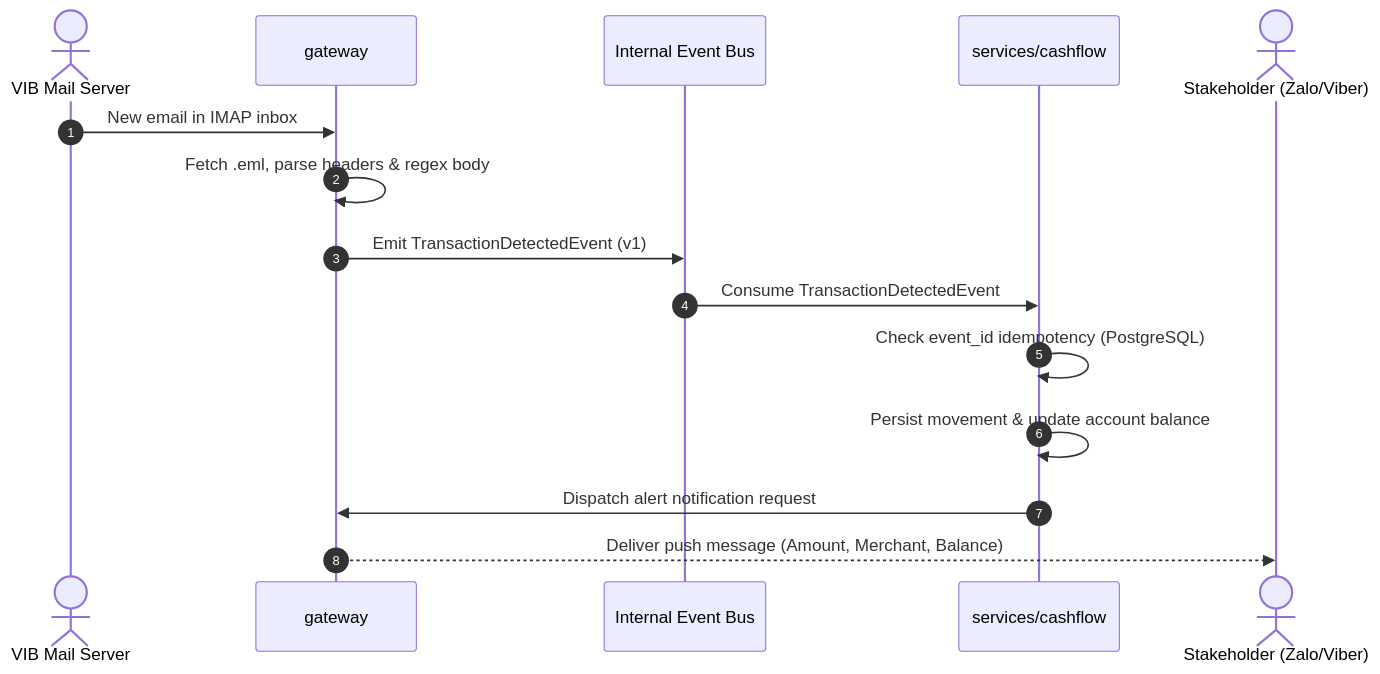
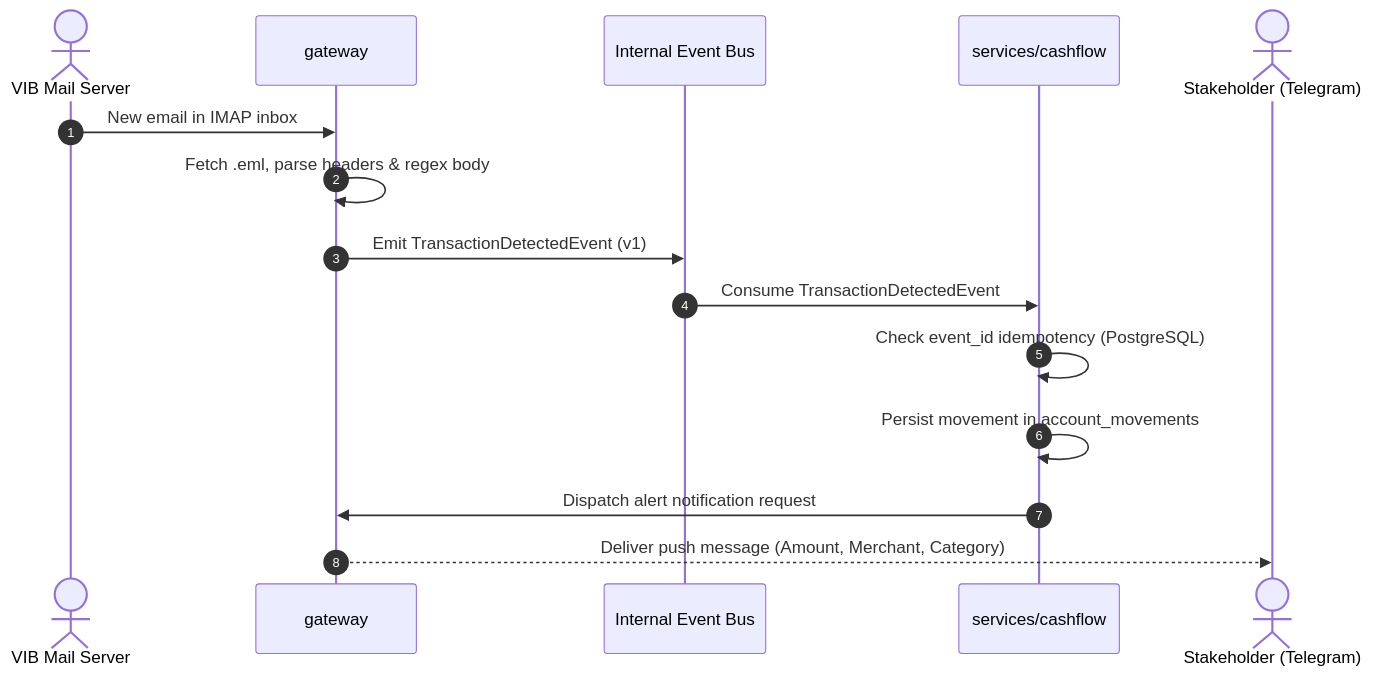
The second of 2 diagrams in flows/email-transaction-ingestion.md (sonnormal/stratum-meta), drawn with Mermaid before and after one commit. The commit also changed other lines of this file and 11 other files, not shown here.

````diff
--- a/flows/email-transaction-ingestion.md
+++ b/flows/email-transaction-ingestion.md
@@ -49,18 +49,18 @@
 ```mermaid
 sequenceDiagram
     autonumber
     actor VIB as VIB Mail Server
     participant Gateway as gateway
     participant Bus as Internal Event Bus
     participant Cashflow as services/cashflow
-    actor User as Stakeholder (Zalo/Viber)
+    actor User as Stakeholder (Telegram)
 
     VIB->>Gateway: New email in IMAP inbox
     Gateway->>Gateway: Fetch .eml, parse headers & regex body
     Gateway->>Bus: Emit TransactionDetectedEvent (v1)
     Bus->>Cashflow: Consume TransactionDetectedEvent
     Cashflow->>Cashflow: Check event_id idempotency (PostgreSQL)
-    Cashflow->>Cashflow: Persist movement & update account balance
+    Cashflow->>Cashflow: Persist movement in account_movements
     Cashflow->>Gateway: Dispatch alert notification request
-    Gateway-->>User: Deliver push message (Amount, Merchant, Balance)
+    Gateway-->>User: Deliver push message (Amount, Merchant, Category)
 ```
````
